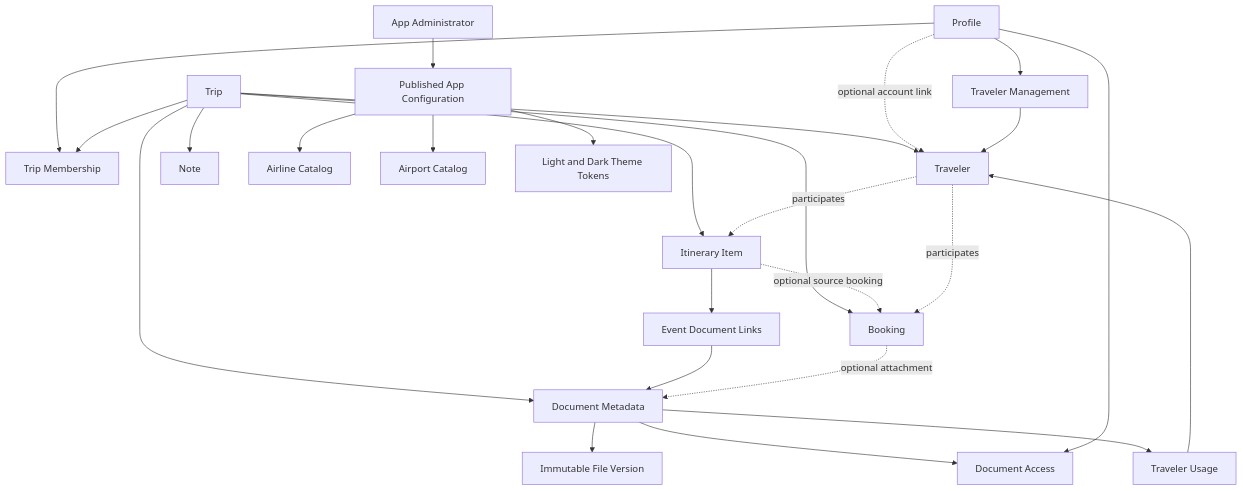
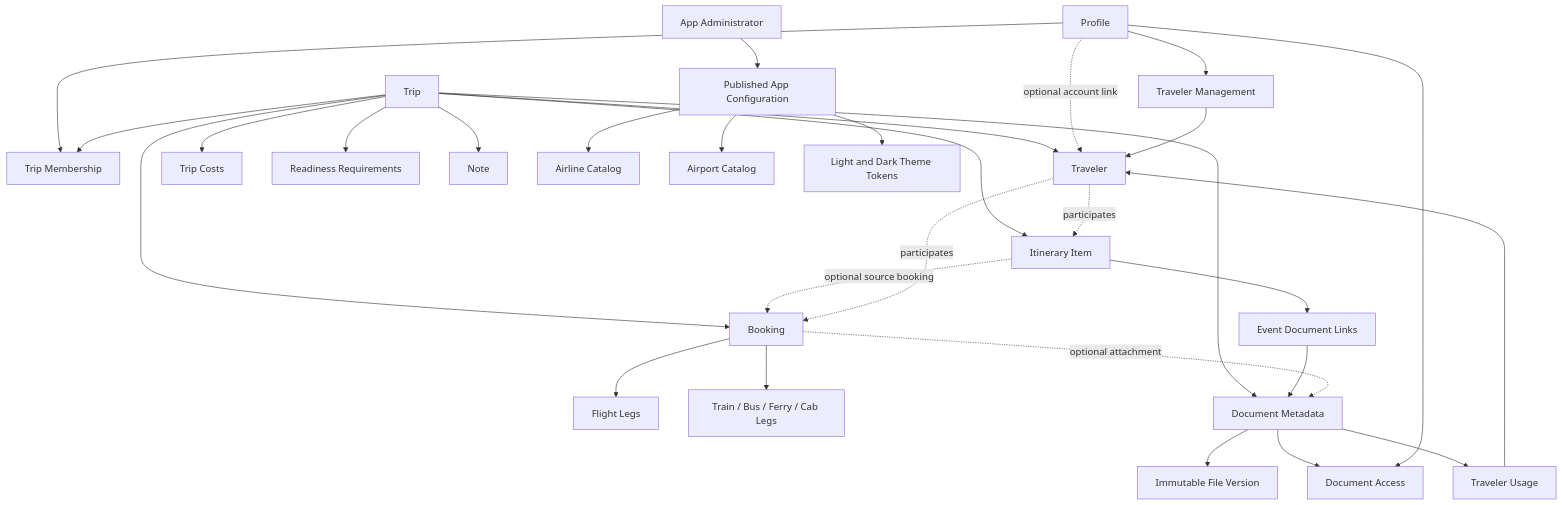
The second of 4 diagrams in docs/HIGH_LEVEL_DESIGN.md (shantanu1258/trip-vault), drawn with Mermaid before and after one commit. The commit also changed other lines of this file and 9 other files, not shown here.

````diff
--- a/docs/HIGH_LEVEL_DESIGN.md
+++ b/docs/HIGH_LEVEL_DESIGN.md
@@ -137,28 +164,32 @@
 ```mermaid
 flowchart TD
     PROFILE[Profile] --> MEMBER[Trip Membership]
     TRIP[Trip] --> MEMBER
     TRIP --> TRAVELER[Traveler]
     PROFILE -. optional account link .-> TRAVELER
     PROFILE --> MANAGER[Traveler Management]
     MANAGER --> TRAVELER
     TRIP --> BOOKING[Booking]
     TRIP --> ITEM[Itinerary Item]
+    BOOKING --> FLIGHT[Flight Legs]
+    BOOKING --> JOURNEY[Train / Bus / Ferry / Cab Legs]
+    TRIP --> COST[Trip Costs]
+    TRIP --> REQUIREMENT[Readiness Requirements]
     TRIP --> NOTE[Note]
     TRIP --> DOCUMENT[Document Metadata]
     DOCUMENT --> VERSION[Immutable File Version]
     DOCUMENT --> ACCESS[Document Access]
     DOCUMENT --> ASSIGNMENT[Traveler Usage]
     ASSIGNMENT --> TRAVELER
     ITEM --> ITEM_DOCUMENT[Event Document Links]
     ITEM_DOCUMENT --> DOCUMENT
     PROFILE --> ACCESS
     BOOKING -. optional attachment .-> DOCUMENT
     ITEM -. optional source booking .-> BOOKING
     TRAVELER -. participates .-> BOOKING
     TRAVELER -. participates .-> ITEM
     ADMIN[App Administrator] --> CONFIG[Published App Configuration]
     CONFIG --> AIRLINE[Airline Catalog]
     CONFIG --> AIRPORT[Airport Catalog]
     CONFIG --> THEME[Light and Dark Theme Tokens]
 ```
````
